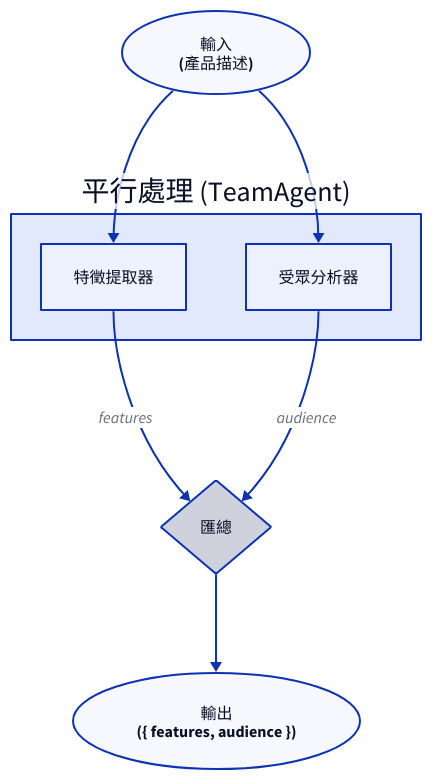
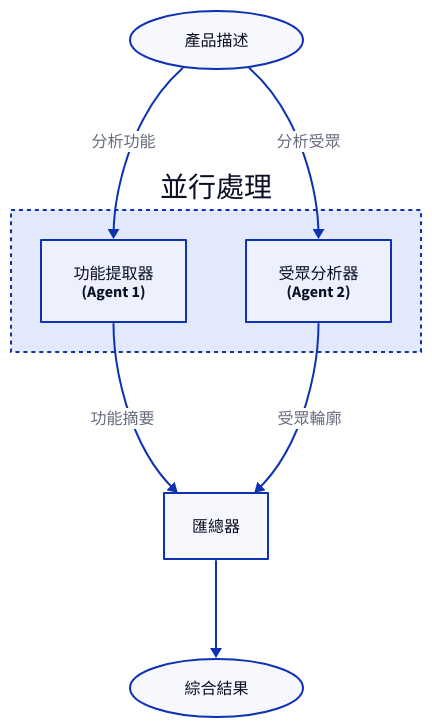
One commit to AIGNE-io/aigne-framework changed the diagram in .aigne/doc-smith/docs/examples-workflow-concurrency.zh-TW.md. Above: the diagram before and after it, drawn with D2. The commit also changed other lines of this file and 82 other files, not shown here.

````diff
--- a/.aigne/doc-smith/docs/examples-workflow-concurrency.zh-TW.md
+++ b/.aigne/doc-smith/docs/examples-workflow-concurrency.zh-TW.md
@@ -11,39 +16,36 @@
 ```d2
 direction: down
 
 Input: {
-  label: "輸入\n(產品描述)"
+  label: "產品描述"
   shape: oval
 }
 
-TeamAgent: {
-  label: "平行處理 (TeamAgent)"
-  shape: rectangle
+Parallel-Processing: {
+  label: "並行處理"
+  style.stroke-dash: 2
 
   Feature-Extractor: {
-    label: "特徵提取器"
-    shape: rectangle
+    label: "功能提取器\n(Agent 1)"
   }
 
   Audience-Analyzer: {
-    label: "受眾分析器"
-    shape: rectangle
+    label: "受眾分析器\n(Agent 2)"
   }
 }
 
-Aggregation: {
-  label: "匯總"
-  shape: diamond
+Aggregator: {
+  label: "匯總器"
 }
 
-Output: {
-  label: "輸出\n({ features, audience })"
+Result: {
+  label: "綜合結果"
   shape: oval
 }
 
-Input -> TeamAgent.Feature-Extractor
-Input -> TeamAgent.Audience-Analyzer
-TeamAgent.Feature-Extractor -> Aggregation: "features"
-TeamAgent.Audience-Analyzer -> Aggregation: "audience"
-Aggregation -> Output
+Input -> Parallel-Processing.Feature-Extractor: "分析功能"
+Input -> Parallel-Processing.Audience-Analyzer: "分析受眾"
+Parallel-Processing.Feature-Extractor -> Aggregator: "功能摘要"
+Parallel-Processing.Audience-Analyzer -> Aggregator: "受眾輪廓"
+Aggregator -> Result
 ```
````
